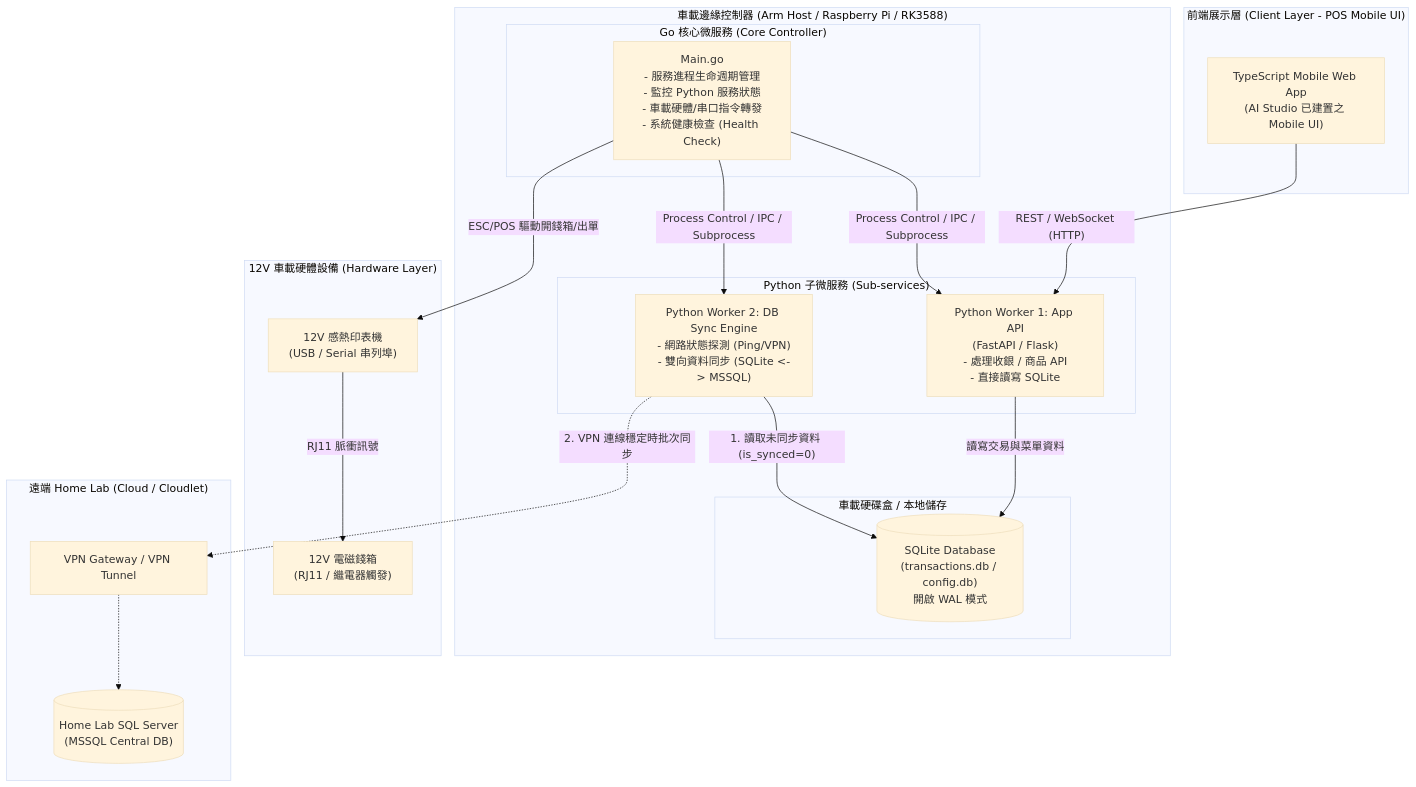
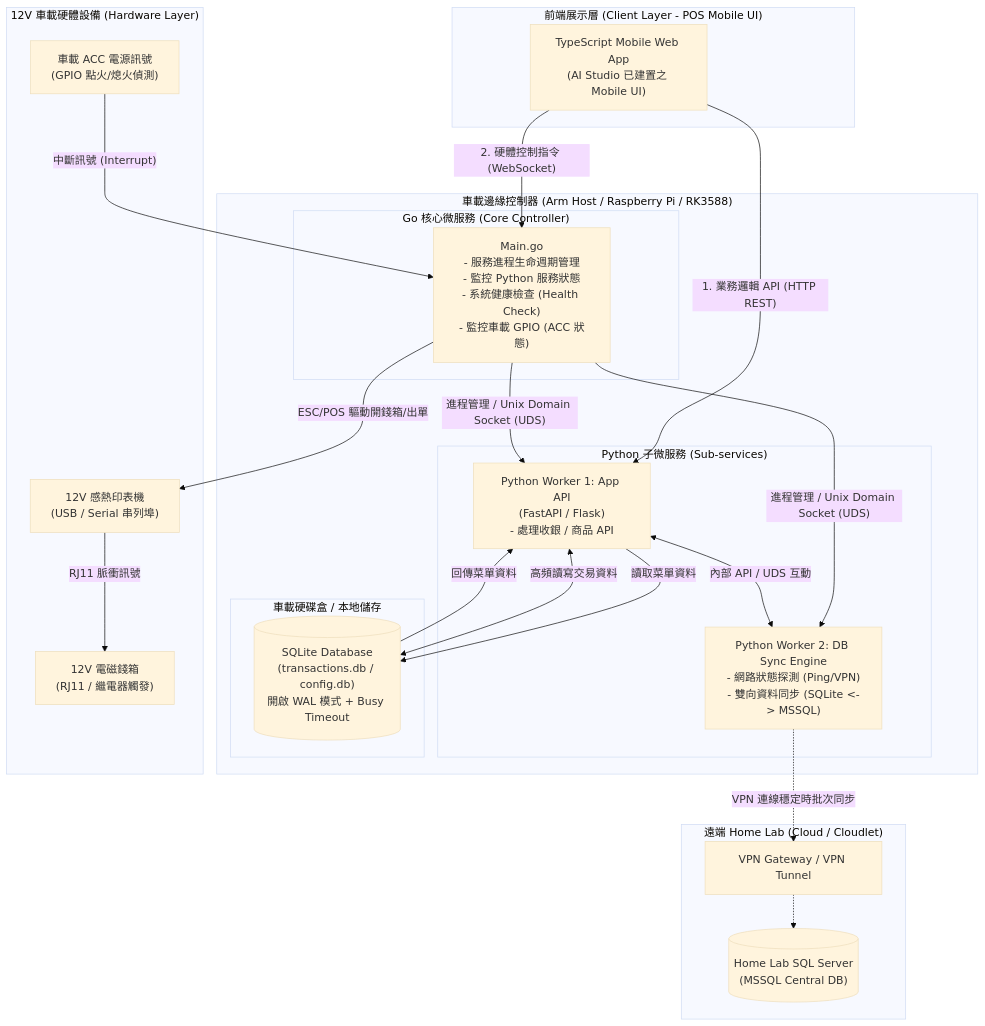
One commit to x16472/BeePOS changed the diagram in Agent/PRD.md. Above: the diagram before and after it, drawn with Mermaid (base theme). The commit also changed 2 other files, not shown here.

Commit message:
refactor: 更新 PRD 與 README.md，調整系統架構圖與初始化流程說明

````diff
--- a/Agent/PRD.md
+++ b/Agent/PRD.md
@@ -34,50 +34,62 @@
 ```mermaid
 flowchart TD
     %% 前端與 UI 區塊
     subgraph Client_Layer ["前端展示層 (Client Layer - POS Mobile UI)"]
         UI["TypeScript Mobile Web App<br/>(AI Studio 已建置之 Mobile UI)"]
     end
 
     %% Arm 控制主機區塊
     subgraph Edge_Arm_Server ["車載邊緣控制器 (Arm Host / Raspberry Pi / RK3588)"]
         
         subgraph Go_Core ["Go 核心微服務 (Core Controller)"]
-            MAINGO["Main.go<br/>- 服務進程生命週期管理<br/>- 監控 Python 服務狀態<br/>- 車載硬體/串口指令轉發<br/>- 系統健康檢查 (Health Check)"]
+            MAINGO["Main.go<br/>- 服務進程生命週期管理<br/>- 監控 Python 服務狀態<br/>- 系統健康檢查 (Health Check)<br/>- 監控車載 GPIO (ACC 狀態)"]
         end
 
         subgraph Python_Workers ["Python 子微服務 (Sub-services)"]
-            PY_API["Python Worker 1: App API<br/>(FastAPI / Flask)<br/>- 處理收銀 / 商品 API<br/>- 直接讀寫 SQLite"]
+            PY_API["Python Worker 1: App API<br/>(FastAPI / Flask)<br/>- 處理收銀 / 商品 API"]
             PY_SYNC["Python Worker 2: DB Sync Engine<br/>- 網路狀態探測 (Ping/VPN)<br/>- 雙向資料同步 (SQLite <-> MSSQL)"]
         end
 
         subgraph Local_Storage ["車載硬碟盒 / 本地儲存"]
-            SQLITE[("SQLite Database<br/>(transactions.db / config.db)<br/>開啟 WAL 模式")]
+            SQLITE[("SQLite Database<br/>(transactions.db / config.db)<br/>開啟 WAL 模式 + Busy Timeout")]
         end
     end
 
     %% 車載實體硬體
     subgraph Vehicle_Hardware ["12V 車載硬體設備 (Hardware Layer)"]
+        ACC["車載 ACC 電源訊號<br/>(GPIO 點火/熄火偵測)"]
         PRINTER["12V 感熱印表機<br/>(USB / Serial 串列埠)"]
         DRAWER["12V 電磁錢箱<br/>(RJ11 / 繼電器觸發)"]
     end
 
     %% 遠端 Home Lab
     subgraph Home_Lab ["遠端 Home Lab (Cloud / Cloudlet)"]
         VPN["VPN Gateway / VPN Tunnel"]
         MSSQL[("Home Lab SQL Server<br/>(MSSQL Central DB)")]
     end
 
-    %% 連線關係
-    UI -- "REST / WebSocket (HTTP)" --> PY_API
-    MAINGO -- "Process Control / IPC / Subprocess" --> PY_API
-    MAINGO -- "Process Control / IPC / Subprocess" --> PY_SYNC
+    %% ==================== 連線與資料流關係 ====================
     
-    PY_API -- "讀寫交易與菜單資料" --> SQLITE
-    PY_SYNC -- "1. 讀取未同步資料 (is_synced=0)" --> SQLITE
+    %% 前端外部連線
+    UI -- "1. 業務邏輯 API (HTTP REST)" --> PY_API
+    UI -- "2. 硬體控制指令 (WebSocket)" --> MAINGO
     
-    PY_SYNC -. "2. VPN 連線穩定時批次同步" .-> VPN
+    %% Go 核心對子進程控制
+    MAINGO -- "進程管理 / Unix Domain Socket (UDS)" --> PY_API
+    MAINGO -- "進程管理 / Unix Domain Socket (UDS)" --> PY_SYNC
+    
+    %% 資料庫存取與內部 IPC 流向 (已修正語法錯誤)
+    PY_API -- "讀取菜單資料" --> SQLITE
+    SQLITE -- "回傳菜單資料" --> PY_API
+    PY_API <--> |"高頻讀寫交易資料"| SQLITE
+    PY_API <--> |"內部 API / UDS 互動"| PY_SYNC
+    
+    %% 遠端同步鏈路
+    PY_SYNC -. "VPN 連線穩定時批次同步" .-> VPN
     VPN -.-> MSSQL
 
+    %% 硬體驅動與電源訊號
+    ACC -- "中斷訊號 (Interrupt)" --> MAINGO
     MAINGO -- "ESC/POS 驅動開錢箱/出單" --> PRINTER
     PRINTER -- "RJ11 脈衝訊號" --> DRAWER
 ```
````
